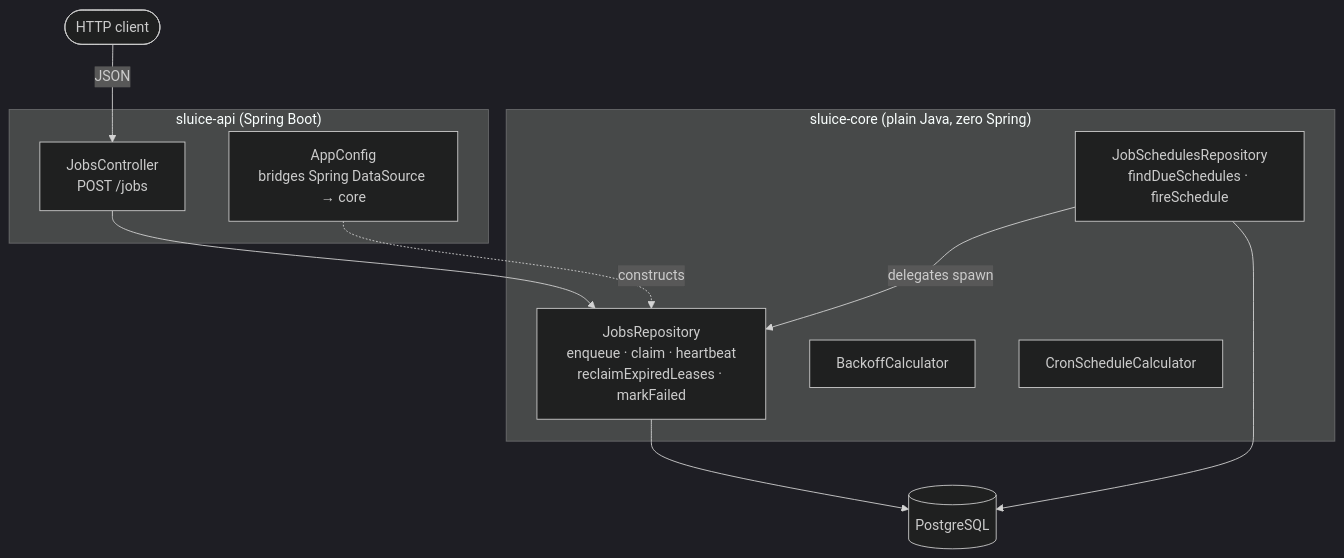
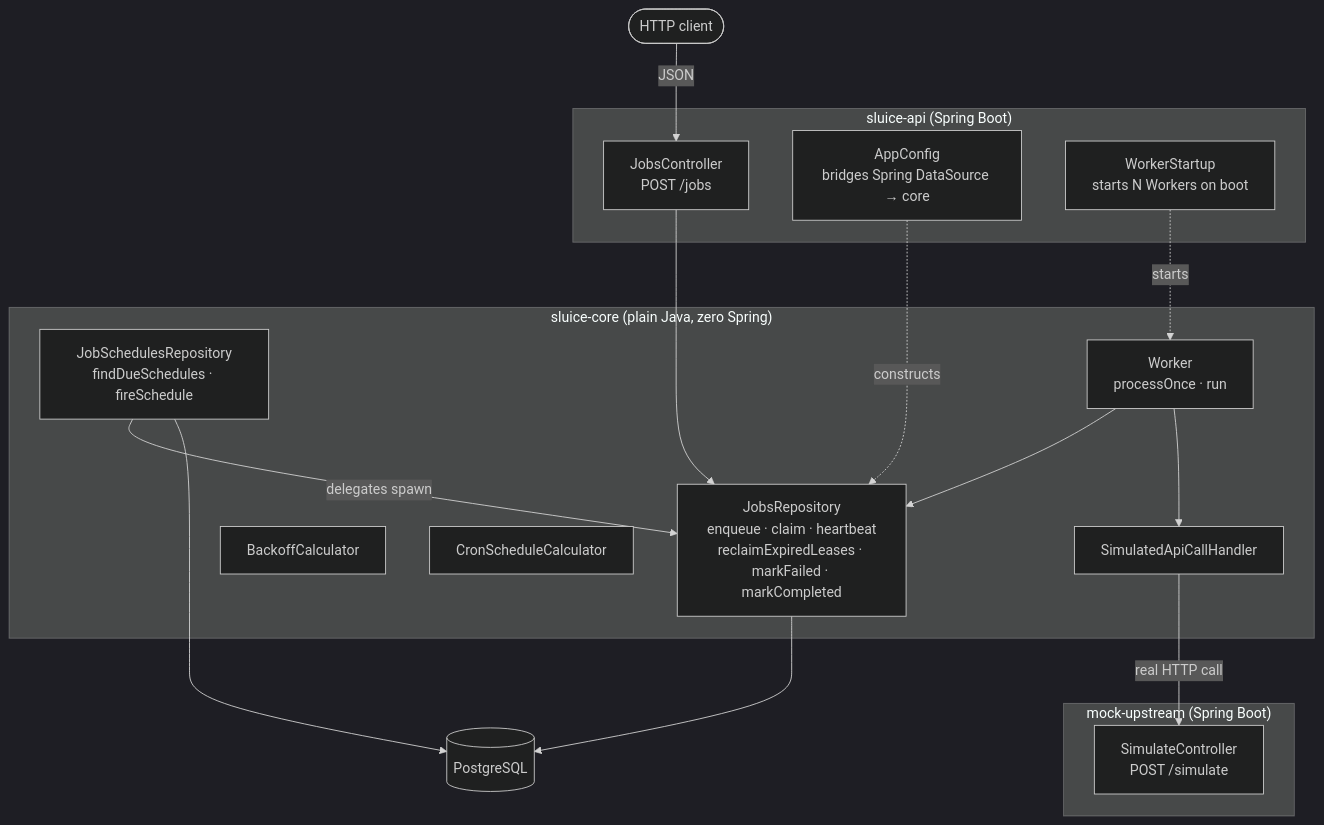
One commit to amanxsays/Sluice changed the first of 7 diagrams in README.md. Above: the diagram before and after it, drawn with Mermaid (dark theme). The commit also changed other lines of this file and 37 other files, not shown here.

````diff
--- a/README.md
+++ b/README.md
@@ -75,25 +89,36 @@
 ```mermaid
 flowchart TB
     client([HTTP client])
 
     subgraph api["sluice-api (Spring Boot)"]
         controller["JobsController<br/>POST /jobs"]
         config["AppConfig<br/>bridges Spring DataSource → core"]
+        startup["WorkerStartup<br/>starts N Workers on boot"]
     end
 
     subgraph core["sluice-core (plain Java, zero Spring)"]
-        jobsRepo["JobsRepository<br/>enqueue · claim · heartbeat<br/>reclaimExpiredLeases · markFailed"]
+        jobsRepo["JobsRepository<br/>enqueue · claim · heartbeat<br/>reclaimExpiredLeases · markFailed · markCompleted"]
         schedulesRepo["JobSchedulesRepository<br/>findDueSchedules · fireSchedule"]
         backoff["BackoffCalculator"]
         cron["CronScheduleCalculator"]
+        worker["Worker<br/>processOnce · run"]
+        handler["SimulatedApiCallHandler"]
+    end
+
+    subgraph mock["mock-upstream (Spring Boot)"]
+        simulate["SimulateController<br/>POST /simulate"]
     end
 
     db[(PostgreSQL)]
 
     client -->|JSON| controller
     controller --> jobsRepo
     config -.constructs.-> jobsRepo
+    startup -.starts.-> worker
+    worker --> jobsRepo
+    worker --> handler
+    handler -->|real HTTP call| simulate
     schedulesRepo -->|delegates spawn| jobsRepo
     jobsRepo --> db
     schedulesRepo --> db
 ```
````
